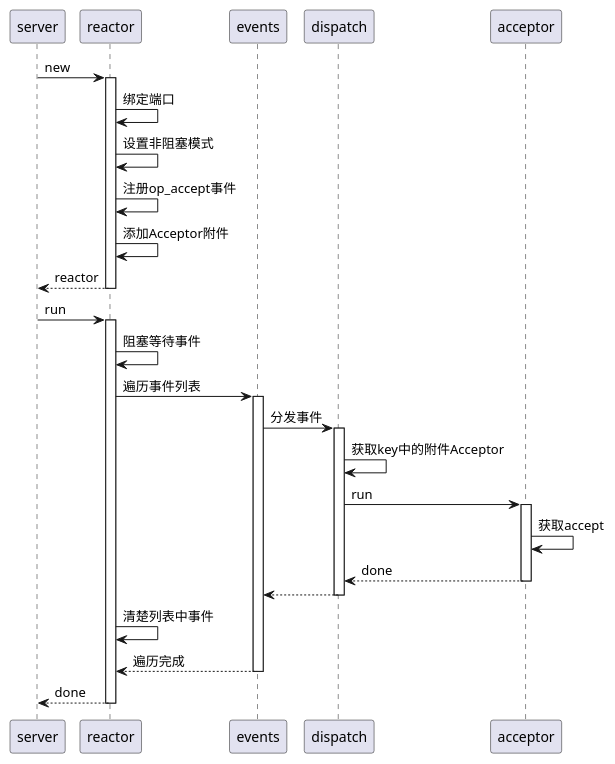
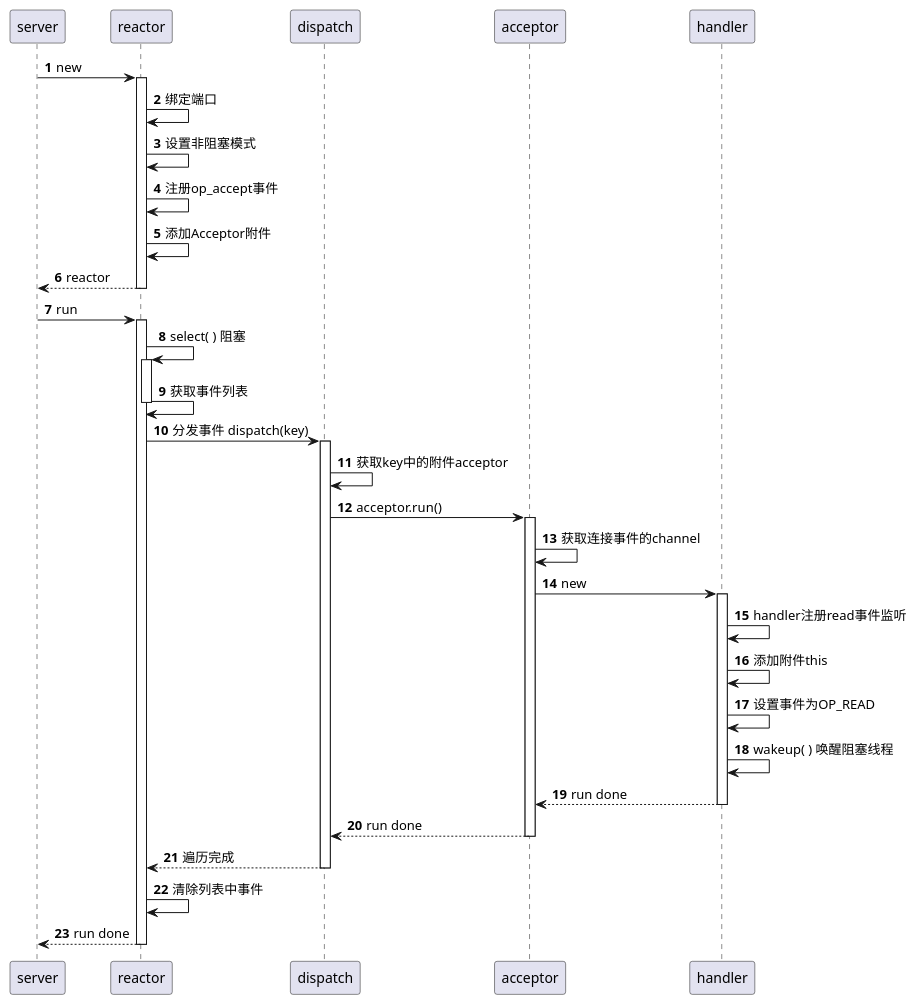
The diagram in docs/简易Reactor模型.puml (zexho994/reactor-io), drawn with PlantUML before and after one commit. The commit also changed 3 other files, not shown here.

```diff
--- a/docs/简易Reactor模型.puml
+++ b/docs/简易Reactor模型.puml
@@ -1,21 +1,33 @@
 @startuml
+participant server
+participant reactor
+participant dispatch
+participant acceptor
+participant handler
+
+autonumber
 server -> reactor ++: new
 reactor -> reactor : 绑定端口
 reactor -> reactor : 设置非阻塞模式
 reactor -> reactor : 注册op_accept事件
 reactor -> reactor : 添加Acceptor附件
 return reactor
 
 server -> reactor ++: run
-reactor -> reactor : 阻塞等待事件
-reactor -> events ++: 遍历事件列表
-events -> dispatch ++: 分发事件
-dispatch -> dispatch : 获取key中的附件Acceptor
-dispatch -> acceptor ++: run
-acceptor -> acceptor : 获取accept
-return done
-return
-reactor -> reactor : 清楚列表中事件
+reactor -> reactor ++: select( ) 阻塞
+reactor -> reactor --: 获取事件列表
+reactor -> dispatch ++: 分发事件 dispatch(key)
+dispatch -> dispatch : 获取key中的附件acceptor
+dispatch -> acceptor ++: acceptor.run()
+acceptor -> acceptor : 获取连接事件的channel
+acceptor -> handler ++: new
+handler -> handler : handler注册read事件监听
+handler -> handler : 添加附件this
+handler -> handler : 设置事件为OP_READ
+handler -> handler : wakeup( ) 唤醒阻塞线程
+return run done
+return run done
 return 遍历完成
-return done
+reactor -> reactor : 清除列表中事件
+return run done
 @enduml
```
